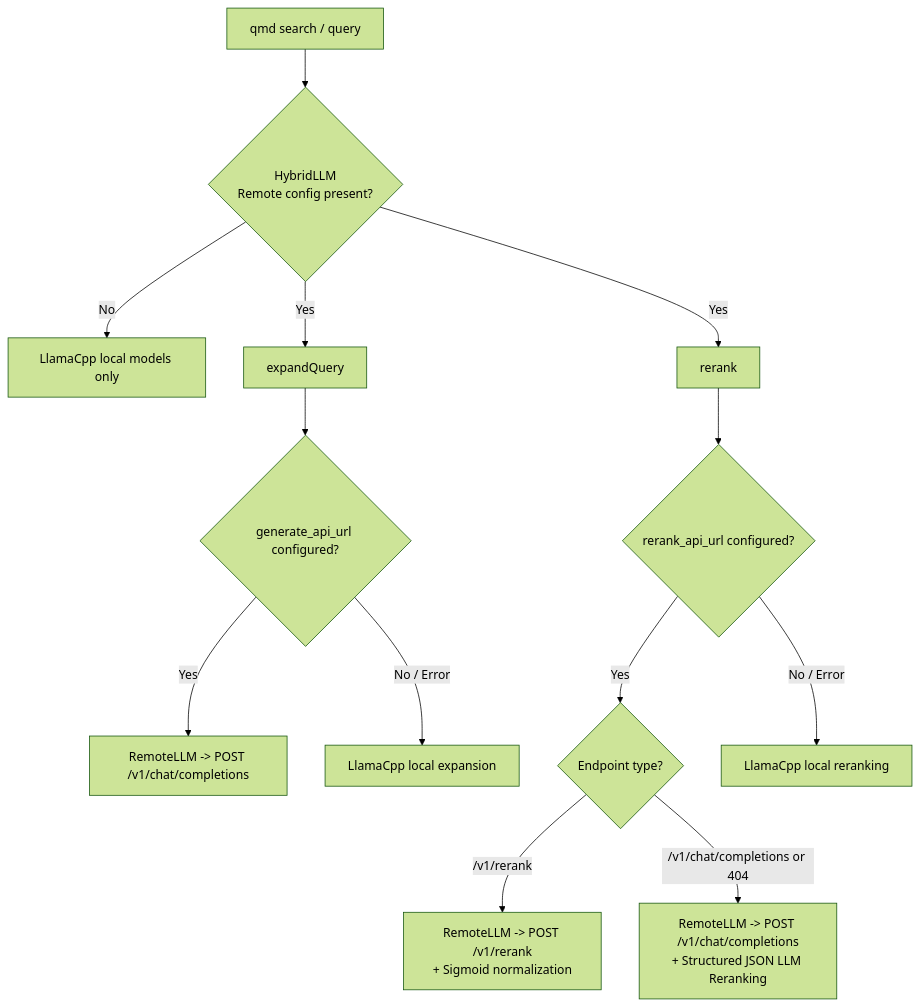
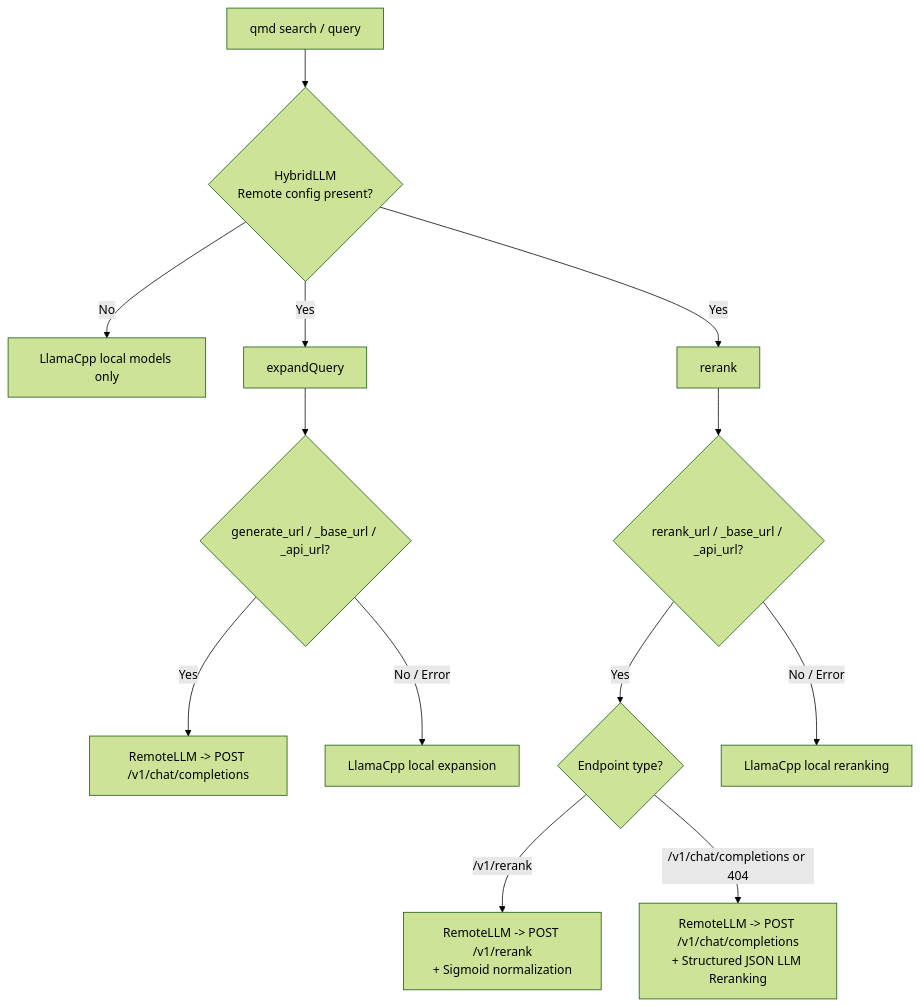
The fifth of 5 diagrams in docs/architecture-cjk-openai.md (wei840222/qmd), drawn with Mermaid (forest theme) before and after one commit. The commit also changed other lines of this file and 7 other files, not shown here.

Commit message:
feat(remote-llm): add _url, _base_url, and _api_url aliases with smart endpoint resolution and update documentation

````diff
--- a/docs/architecture-cjk-openai.md
+++ b/docs/architecture-cjk-openai.md
@@ -143,16 +143,16 @@
 ```mermaid
 flowchart TD
     Q[qmd search / query] --> H{HybridLLM<br/>Remote config present?}
     H -->|No| L0[LlamaCpp local models only]
     H -->|Yes| EX[expandQuery] & RK[rerank]
 
-    EX --> EXQ{generate_api_url configured?}
+    EX --> EXQ{generate_url / _base_url / _api_url?}
     EXQ -->|Yes| R1[RemoteLLM -> POST /v1/chat/completions]
     EXQ -->|No / Error| L1[LlamaCpp local expansion]
 
-    RK --> RKQ{rerank_api_url configured?}
+    RK --> RKQ{rerank_url / _base_url / _api_url?}
     RKQ -->|Yes| R2Q{Endpoint type?}
     R2Q -->|/v1/rerank| R2[RemoteLLM -> POST /v1/rerank<br/>+ Sigmoid normalization]
     R2Q -->|/v1/chat/completions or 404| R3[RemoteLLM -> POST /v1/chat/completions<br/>+ Structured JSON LLM Reranking]
     RKQ -->|No / Error| L2[LlamaCpp local reranking]
 ```
````
